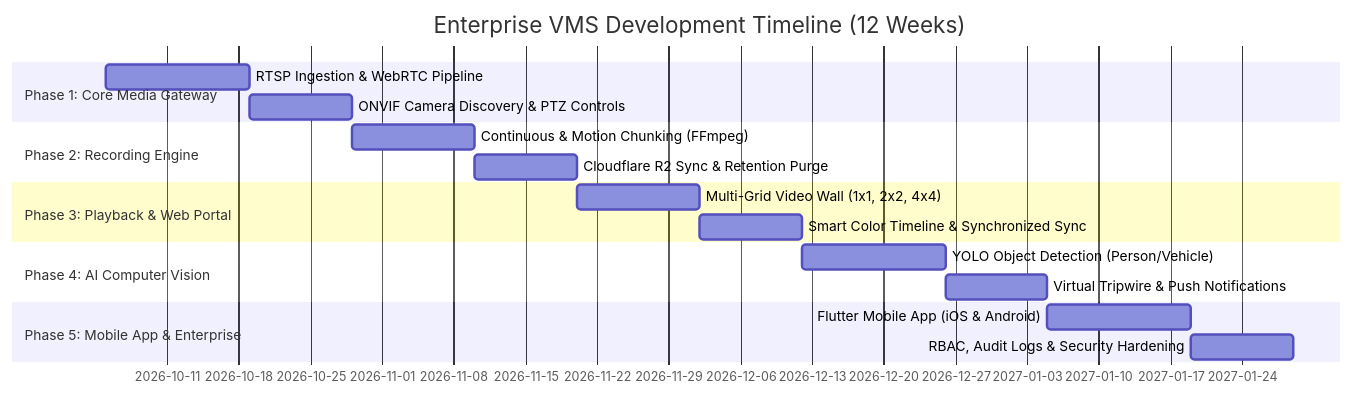
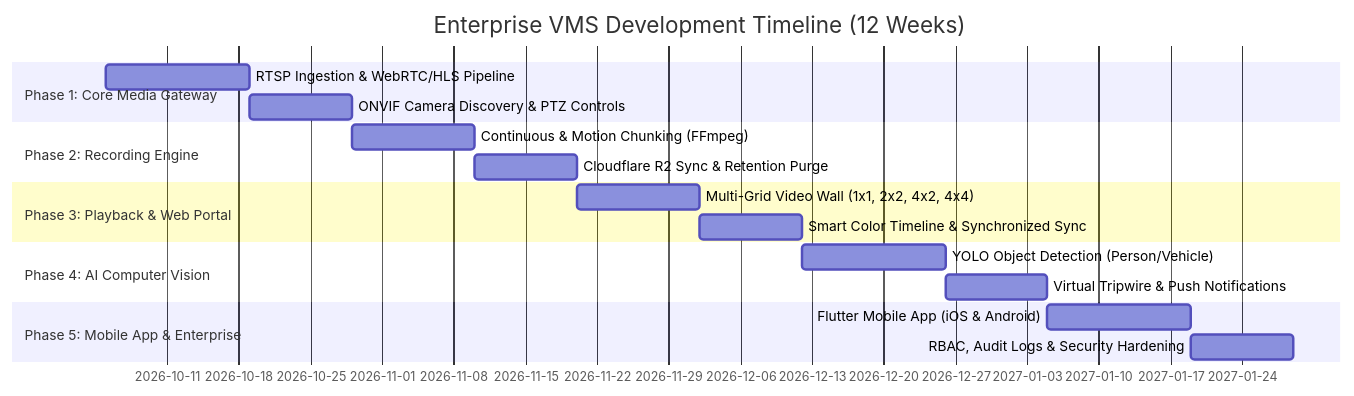
The third of 3 diagrams in ENTERPRISE_VMS_IMPLEMENTATION_PLAN.md (Avinash12122002/aegis-vms), drawn with Mermaid before and after one commit. The commit also changed other lines of this file, not shown here.

Commit message:
docs: enrich ENTERPRISE_VMS_IMPLEMENTATION_PLAN.md with comprehensive 30-point VMS knowledge, diagrams, and flows

````diff
--- a/ENTERPRISE_VMS_IMPLEMENTATION_PLAN.md
+++ b/ENTERPRISE_VMS_IMPLEMENTATION_PLAN.md
@@ -319,20 +529,20 @@
 ```mermaid
 gantt
     title Enterprise VMS Development Timeline (12 Weeks)
     dateFormat  YYYY-MM-DD
     section Phase 1: Core Media Gateway
-    RTSP Ingestion & WebRTC Pipeline       :p1_1, 2026-10-05, 14d
+    RTSP Ingestion & WebRTC/HLS Pipeline   :p1_1, 2026-10-05, 14d
     ONVIF Camera Discovery & PTZ Controls  :p1_2, after p1_1, 10d
     section Phase 2: Recording Engine
     Continuous & Motion Chunking (FFmpeg)  :p2_1, after p1_2, 12d
     Cloudflare R2 Sync & Retention Purge   :p2_2, after p2_1, 10d
     section Phase 3: Playback & Web Portal
-    Multi-Grid Video Wall (1x1, 2x2, 4x4)  :p3_1, after p2_2, 12d
+    Multi-Grid Video Wall (1x1, 2x2, 4x2, 4x4):p3_1, after p2_2, 12d
     Smart Color Timeline & Synchronized Sync:p3_2, after p3_1, 10d
     section Phase 4: AI Computer Vision
     YOLO Object Detection (Person/Vehicle) :p4_1, after p3_2, 14d
     Virtual Tripwire & Push Notifications  :p4_2, after p4_1, 10d
     section Phase 5: Mobile App & Enterprise
     Flutter Mobile App (iOS & Android)     :p5_1, after p4_2, 14d
     RBAC, Audit Logs & Security Hardening  :p5_2, after p5_1, 10d
 ```
````
